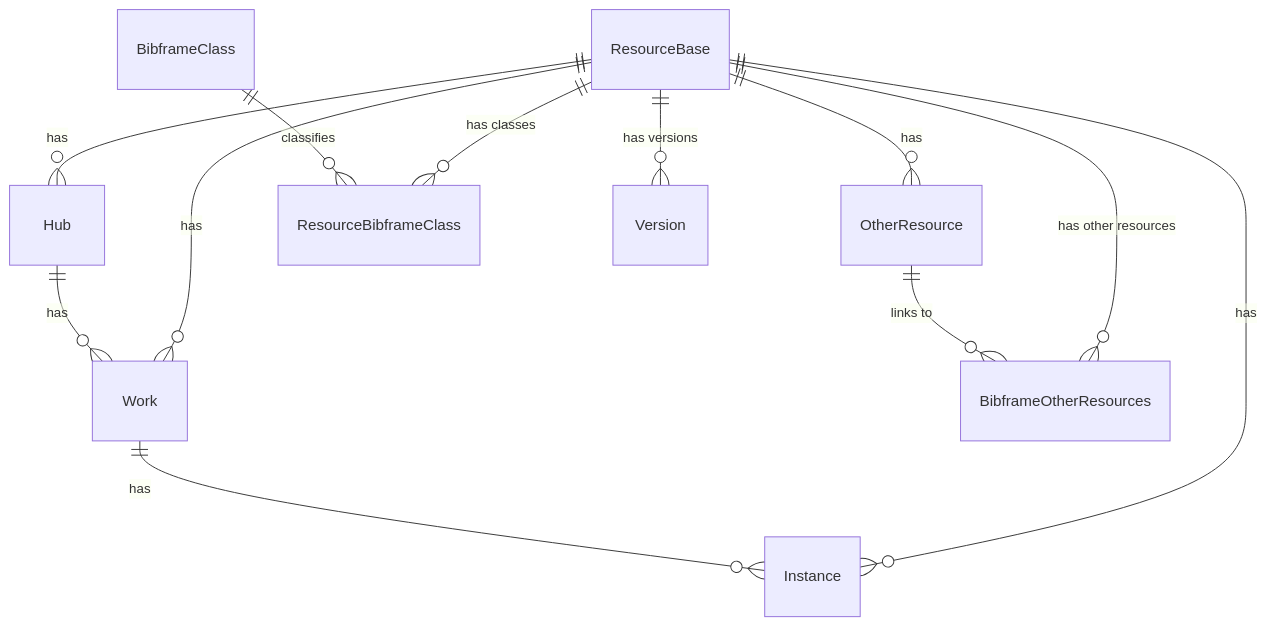
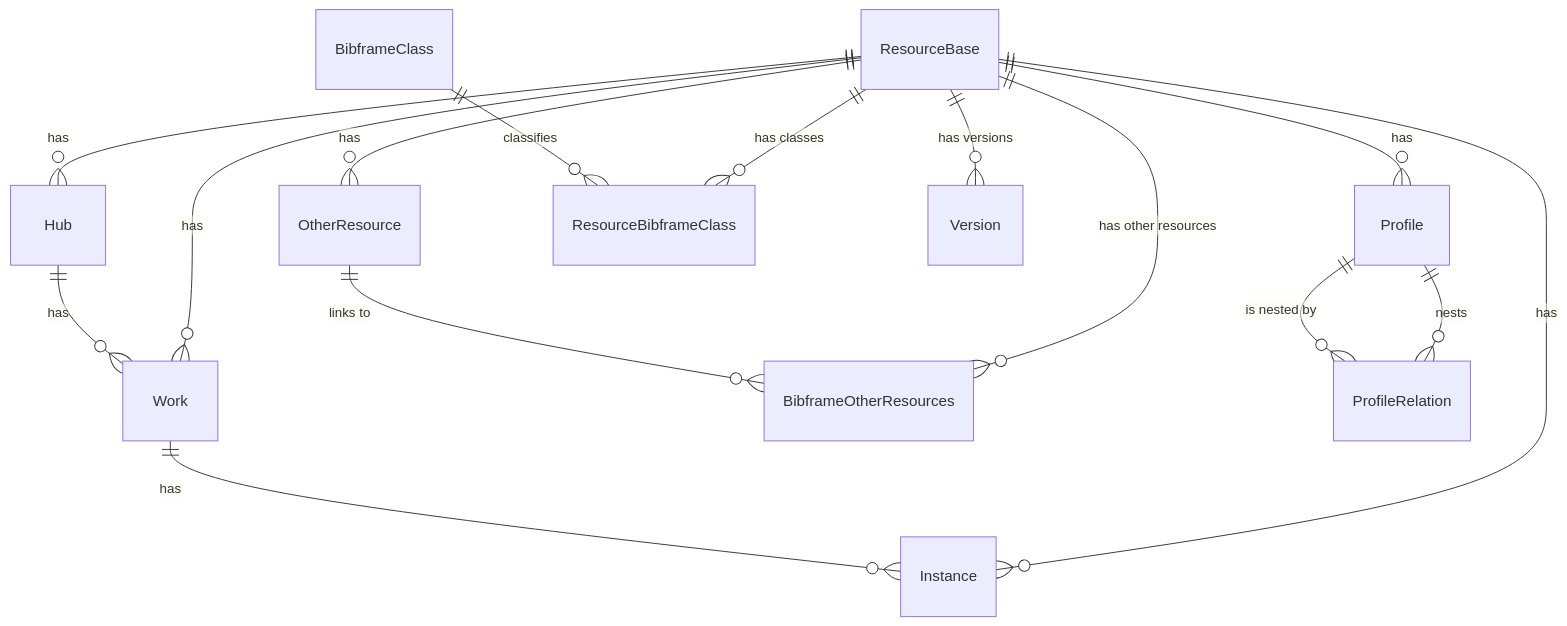
Before and after one commit to blue-core-lod/bluecore-models: the diagram in README.md, drawn with Mermaid. The commit also changed other lines of this file and 5 other files, not shown here.

First line of the commit message:
Record profile nesting as a foreign-keyed relation

````diff
--- a/README.md
+++ b/README.md
@@ -22,17 +22,21 @@
 ```mermaid
 erDiagram
     ResourceBase ||--o{ Hub : "has"
     ResourceBase ||--o{ Instance : "has"
     ResourceBase ||--o{ Work : "has"
     ResourceBase ||--o{ OtherResource : "has"
+    ResourceBase ||--o{ Profile : "has"
     ResourceBase ||--o{ ResourceBibframeClass : "has classes"
     ResourceBase ||--o{ Version : "has versions"
     ResourceBase ||--o{ BibframeOtherResources : "has other resources"
 
     Hub ||--o{ Work : "has"
     Work ||--o{ Instance : "has"
     
     BibframeClass ||--o{ ResourceBibframeClass : "classifies"
     
     OtherResource ||--o{ BibframeOtherResources : "links to"
+
+    Profile ||--o{ ProfileRelation : "nests"
+    Profile ||--o{ ProfileRelation : "is nested by"
 ```
````
